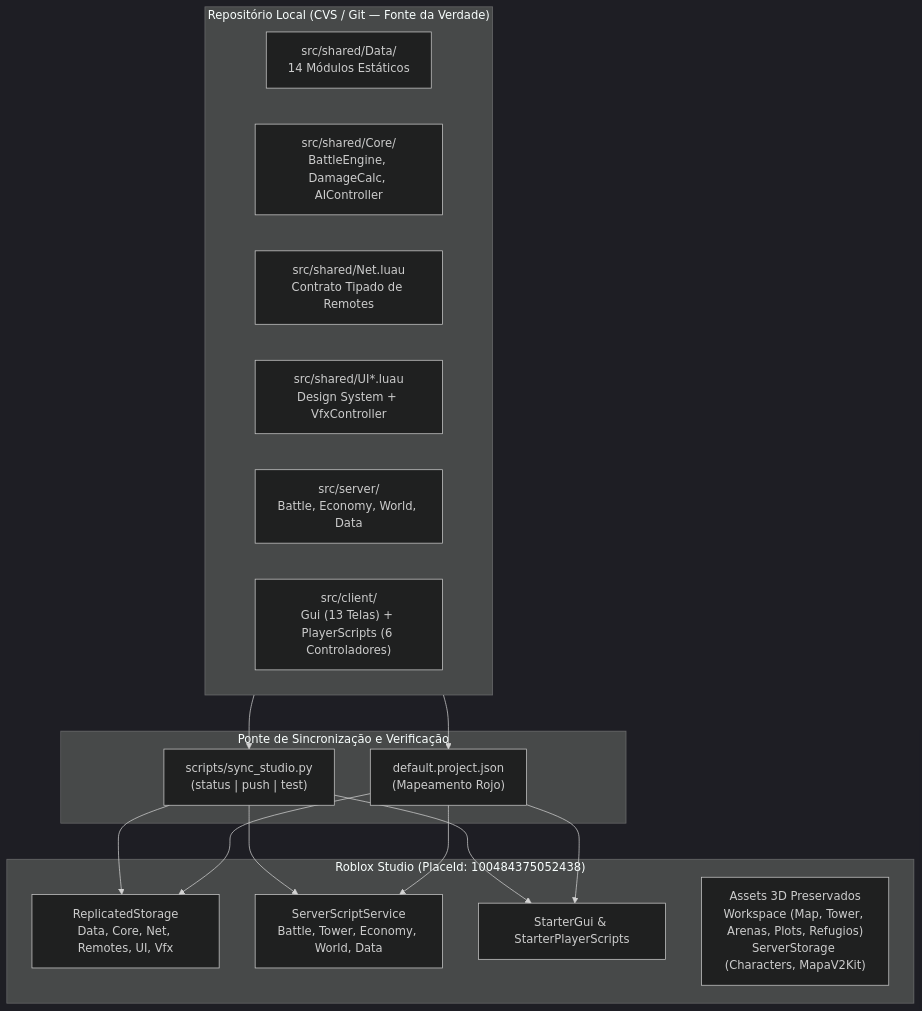
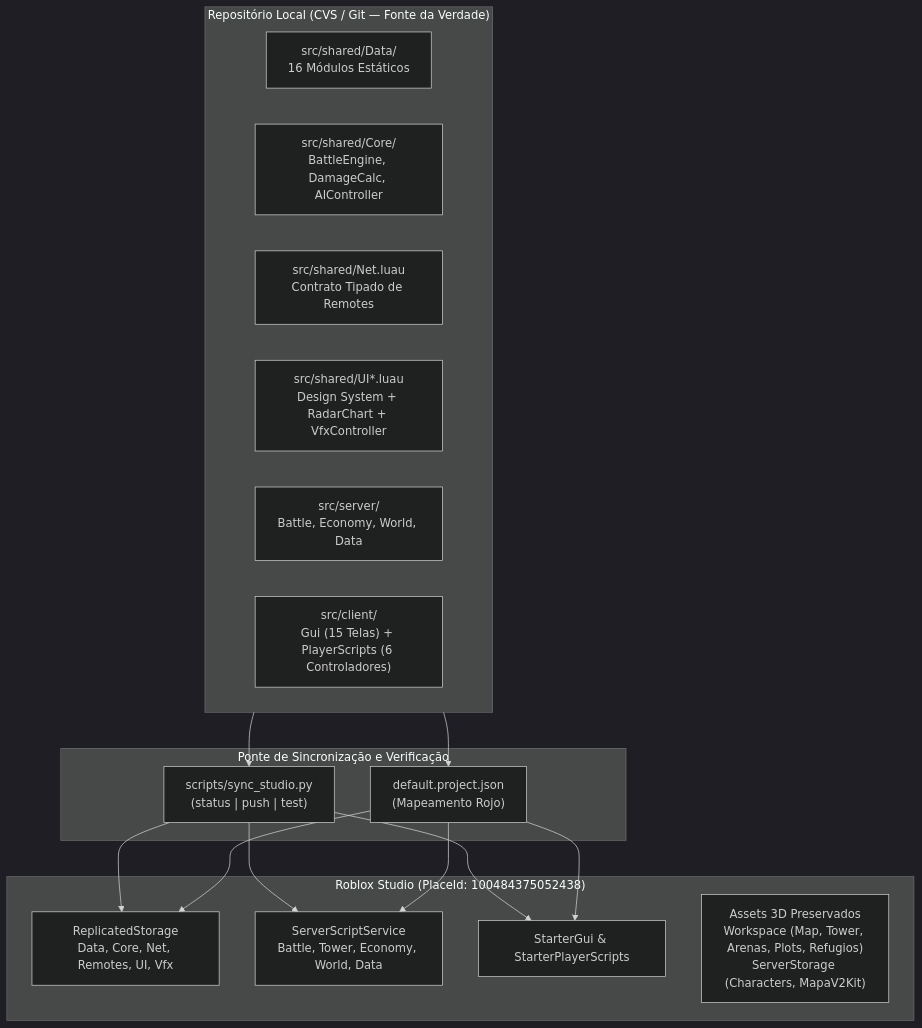
The diagram in ARQUITETURA_PROJETO.md (celin1221/RobloxProject), drawn with Mermaid (dark theme) before and after one commit. The commit also changed other lines of this file and 45 other files, not shown here.

````diff
--- a/ARQUITETURA_PROJETO.md
+++ b/ARQUITETURA_PROJETO.md
@@ -11,26 +11,26 @@
 ```mermaid
 flowchart TD
     subgraph Disk["Repositório Local (CVS / Git — Fonte da Verdade)"]
-        SRC_DATA["src/shared/Data/<br/>14 Módulos Estáticos"]
+        SRC_DATA["src/shared/Data/<br/>16 Módulos Estáticos"]
         SRC_CORE["src/shared/Core/<br/>BattleEngine, DamageCalc, AIController"]
         SRC_NET["src/shared/Net.luau<br/>Contrato Tipado de Remotes"]
-        SRC_UI["src/shared/UI*.luau<br/>Design System + VfxController"]
+        SRC_UI["src/shared/UI*.luau<br/>Design System + RadarChart + VfxController"]
         SRC_SRV["src/server/<br/>Battle, Economy, World, Data"]
-        SRC_CLI["src/client/<br/>Gui (13 Telas) + PlayerScripts (6 Controladores)"]
+        SRC_CLI["src/client/<br/>Gui (15 Telas) + PlayerScripts (6 Controladores)"]
     end
 
     subgraph Sync["Ponte de Sincronização e Verificação"]
         SYNC_PY["scripts/sync_studio.py<br/>(status | push | test)"]
         ROJO["default.project.json<br/>(Mapeamento Rojo)"]
     end
 
     subgraph Studio["Roblox Studio (PlaceId: 100484375052438)"]
         RS["ReplicatedStorage<br/>Data, Core, Net, Remotes, UI, Vfx"]
         SSS["ServerScriptService<br/>Battle, Tower, Economy, World, Data"]
         SG["StarterGui & StarterPlayerScripts"]
         ASSETS["Assets 3D Preservados<br/>Workspace (Map, Tower, Arenas, Plots, Refugios)<br/>ServerStorage (Characters, MapaV2Kit)"]
     end
 
     Disk --> SYNC_PY & ROJO
     SYNC_PY & ROJO --> RS & SSS & SG
 ```
````
